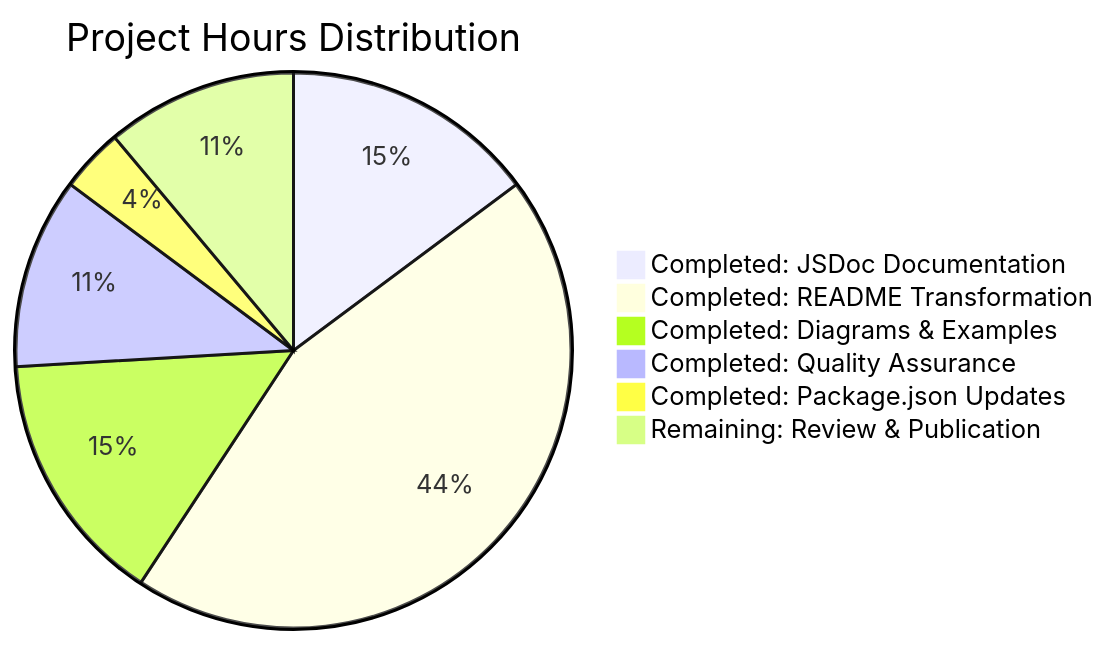
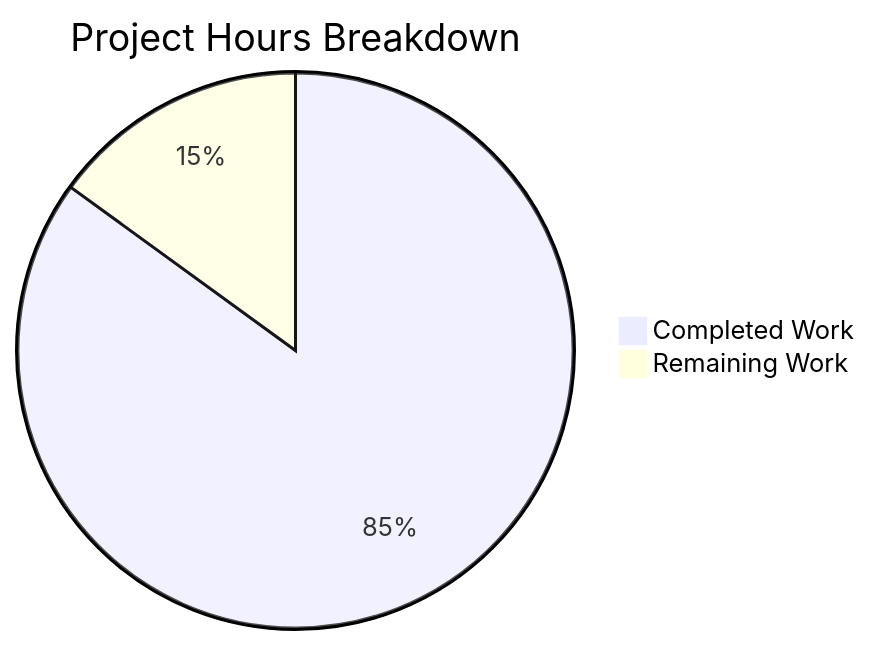
The first of 2 diagrams in blitzy/documentation/Project Guide.md (lakshya-blitzy/hello_world_Oct_2025), drawn with Mermaid before and after one commit. The commit also changed other lines of this file, not shown here.

Commit message:
Adding Blitzy Project Guide: Project Status and Human Tasks Remaining

````diff
--- a/blitzy/documentation/Project Guide.md
+++ b/blitzy/documentation/Project Guide.md
@@ -292,9 +21,5 @@
 ```mermaid
-pie title Project Hours Distribution
-    "Completed: JSDoc Documentation" : 8
-    "Completed: README Transformation" : 24
-    "Completed: Diagrams & Examples" : 8
-    "Completed: Quality Assurance" : 6
-    "Completed: Package.json Updates" : 2
-    "Remaining: Review & Publication" : 6
+pie title Project Hours Breakdown
+    "Completed Work" : 34
+    "Remaining Work" : 6
 ```
````
